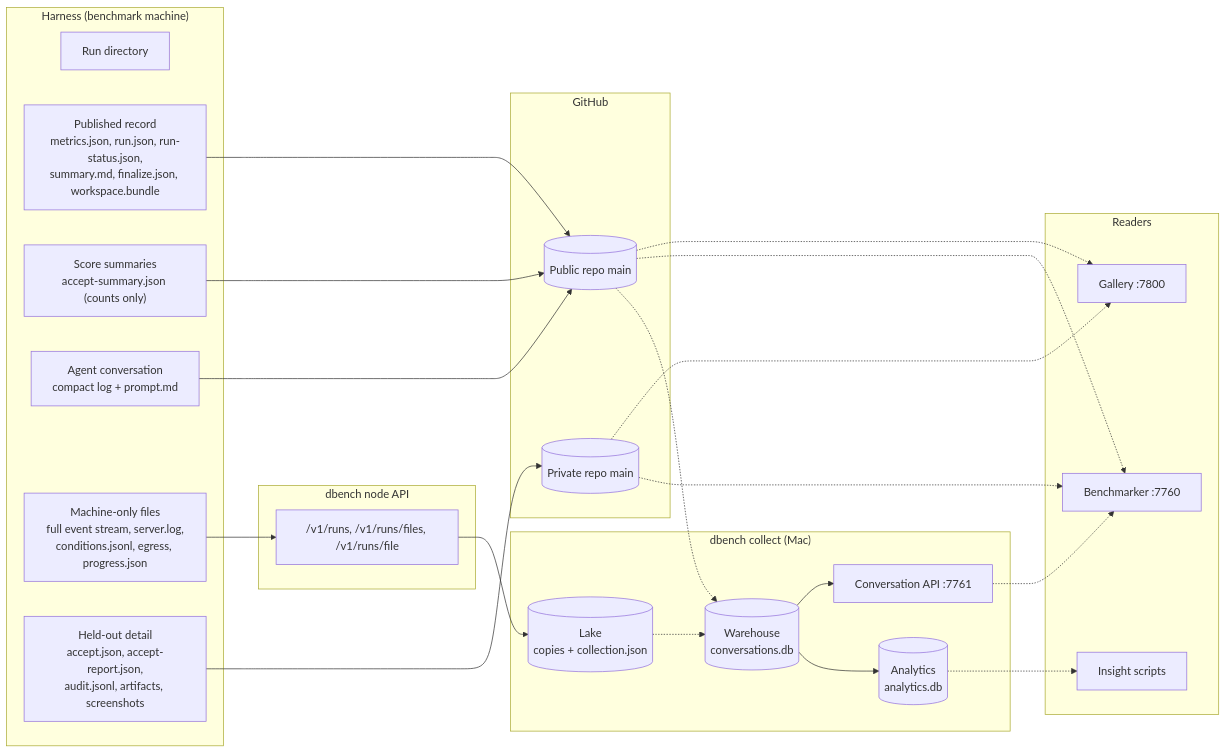
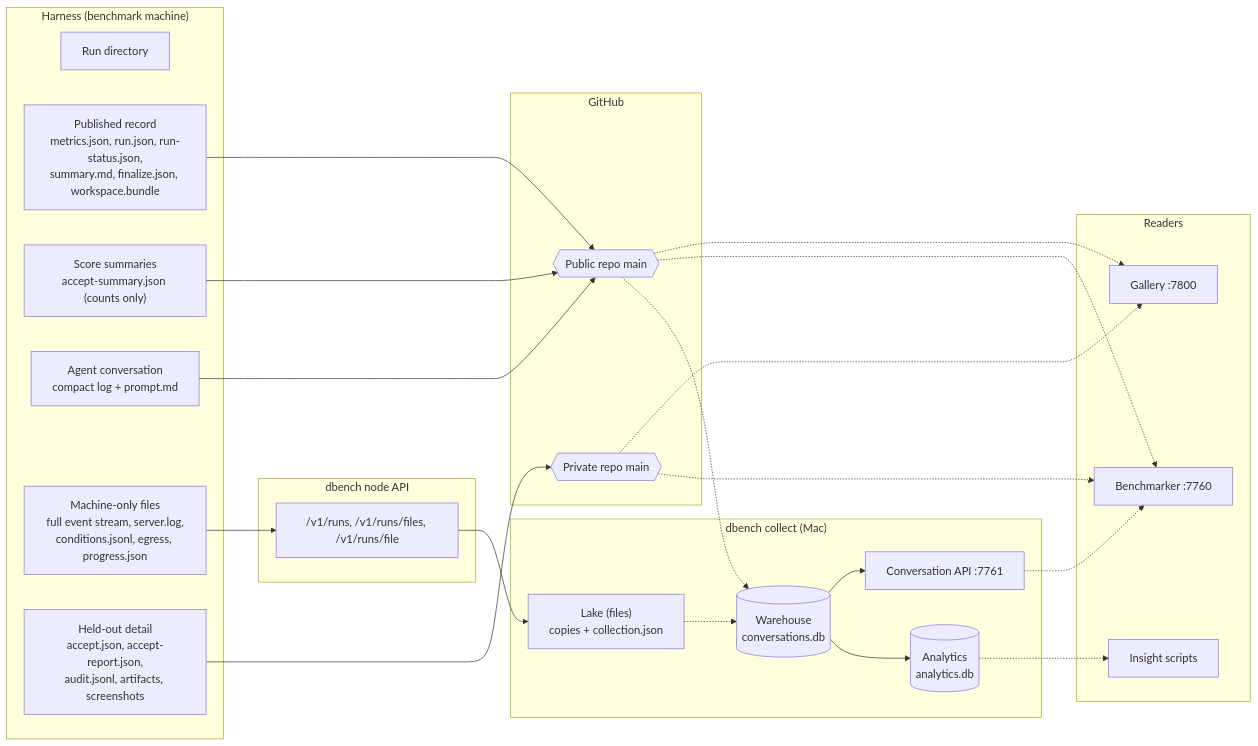
The second of 8 diagrams in docs/dataflow.md (boxabirds/awesome-local-ai), drawn with Mermaid before and after one commit. The commit also changed other lines of this file, not shown here.

Commit message:
docs: dataflow.md draws only the two SQLite files as databases, the run directory and lake as files, the repos as repos

````diff
--- a/docs/dataflow.md
+++ b/docs/dataflow.md
@@ -56,46 +60,46 @@
 ```mermaid
 flowchart LR
   subgraph HARNESS["Harness (benchmark machine)"]
     E_RUN[Run directory]
     E_REC["Published record<br/>metrics.json, run.json, run-status.json,<br/>summary.md, finalize.json, workspace.bundle"]
     E_SUM["Score summaries<br/>accept-summary.json (counts only)"]
     E_CONV["Agent conversation<br/>compact log + prompt.md"]
     E_RAW["Machine-only files<br/>full event stream, server.log,<br/>conditions.jsonl, egress, progress.json"]
     E_HELD["Held-out detail<br/>accept.json, accept-report.json,<br/>audit.jsonl, artifacts, screenshots"]
   end
   subgraph GH["GitHub"]
-    G_PUB[(Public repo main)]
-    G_PRIV[(Private repo main)]
+    G_PUB{{Public repo main}}
+    G_PRIV{{Private repo main}}
   end
   subgraph NODEAPI["dbench node API"]
     N_RUNS["/v1/runs, /v1/runs/files, /v1/runs/file"]
   end
   subgraph COLLECT["dbench collect (Mac)"]
-    C_LAKE[("Lake<br/>copies + collection.json")]
+    C_LAKE["Lake (files)<br/>copies + collection.json"]
     C_WH[("Warehouse<br/>conversations.db")]
     C_AN[("Analytics<br/>analytics.db")]
     C_API["Conversation API :7761"]
   end
   subgraph READERS["Readers"]
     R_BM["Benchmarker :7760"]
     R_GAL["Gallery :7800"]
     R_INS["Insight scripts"]
   end
 
   E_REC --> G_PUB
   E_SUM --> G_PUB
   E_CONV --> G_PUB
   E_HELD --> G_PRIV
   E_RAW --> N_RUNS
   N_RUNS --> C_LAKE
   G_PUB -.-> C_WH
   C_LAKE -.-> C_WH
   C_WH --> C_AN
   C_WH --> C_API
   G_PUB -.-> R_BM
   G_PRIV -.-> R_BM
   C_API -.-> R_BM
   G_PUB -.-> R_GAL
   G_PRIV -.-> R_GAL
   C_AN -.-> R_INS
 ```
````
